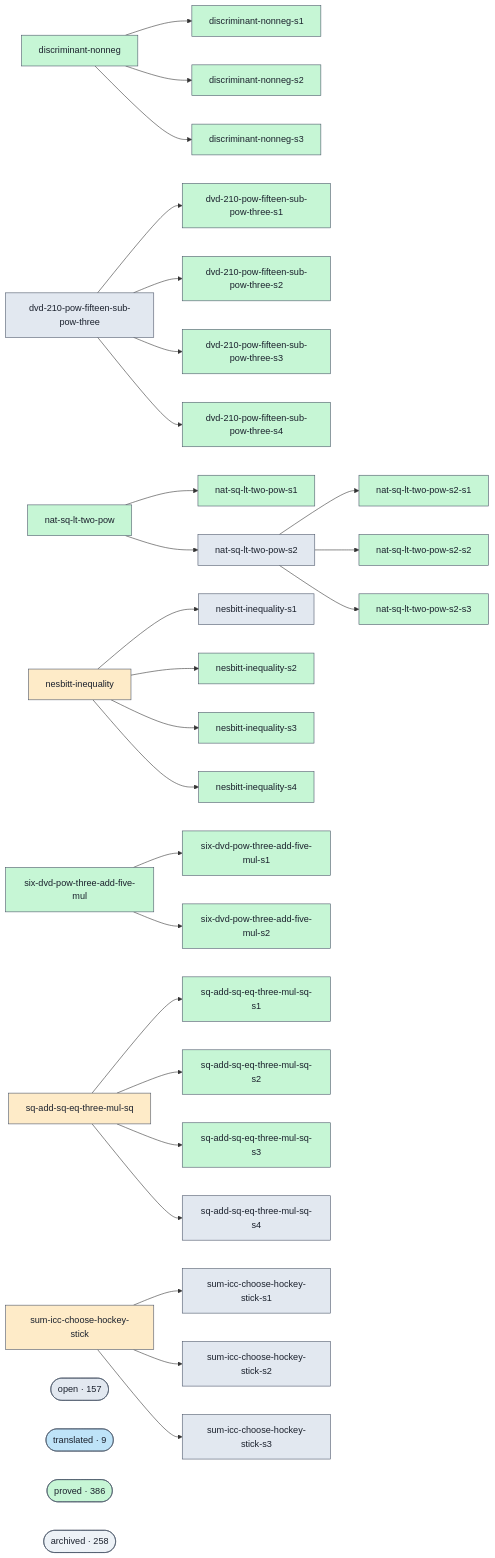
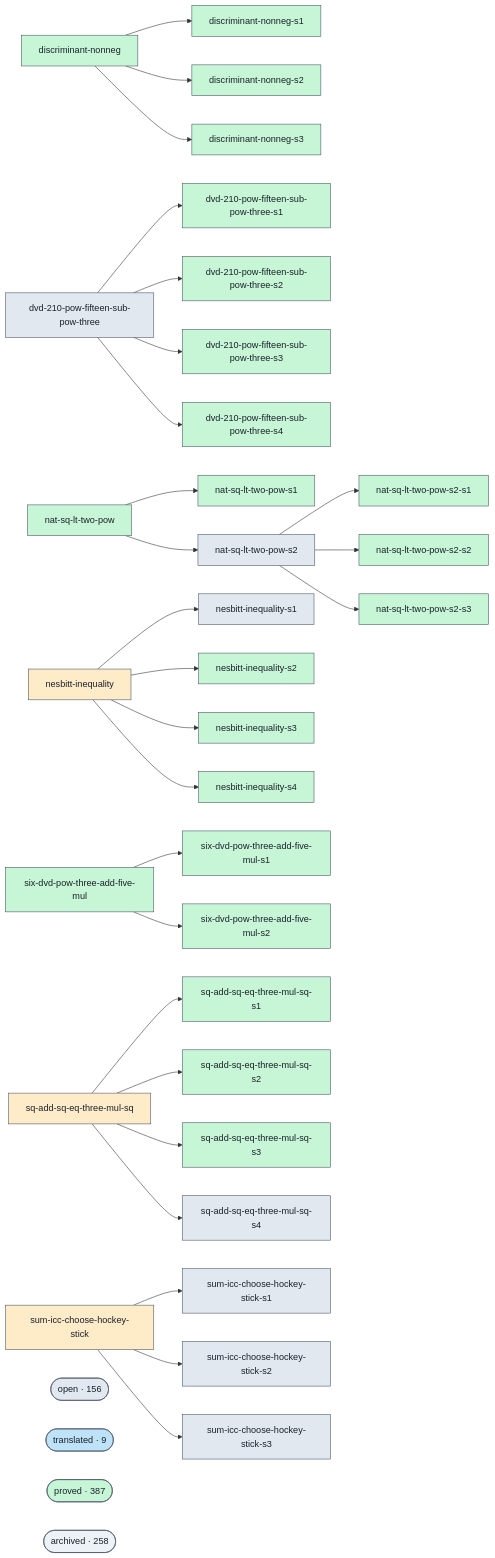
One commit to ohdearquant/unsorry changed the diagram in docs/proofs-contributors-visualisation.md. Above: the diagram before and after it, drawn with Mermaid. The commit also changed other lines of this file and 2 other files, not shown here.

```diff
--- a/docs/proofs-contributors-visualisation.md
+++ b/docs/proofs-contributors-visualisation.md
@@ -143,11 +143,11 @@
   g_sum_icc_choose_hockey_stick --> g_sum_icc_choose_hockey_stick_s1
   g_sum_icc_choose_hockey_stick --> g_sum_icc_choose_hockey_stick_s2
   g_sum_icc_choose_hockey_stick --> g_sum_icc_choose_hockey_stick_s3
-  cluster_open(["open · 157"])
+  cluster_open(["open · 156"])
   class cluster_open open;
   cluster_translated(["translated · 9"])
   class cluster_translated translated;
-  cluster_proved(["proved · 386"])
+  cluster_proved(["proved · 387"])
   class cluster_proved proved;
   cluster_archived(["archived · 258"])
   class cluster_archived unknown;
```
